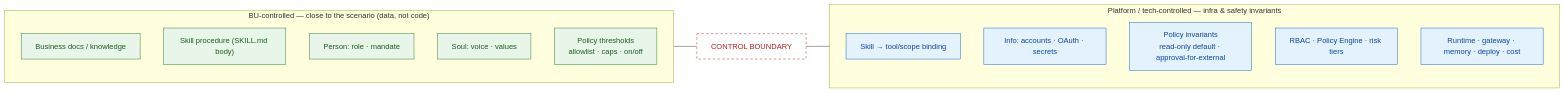
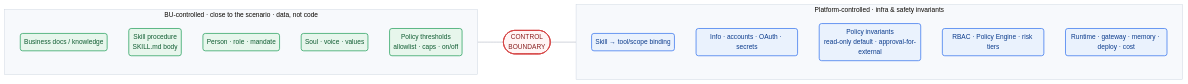
One commit to vic4code/digital-colleague-prototype changed the first of 2 diagrams in docs/governance.md. Above: the diagram before and after it, drawn with Mermaid. The commit also changed other lines of this file and 1 other file, not shown here.

Commit message:
docs: restyle roadmap and governance diagrams with a cohesive theme
Apply a shared mermaid theme (init directive) across all five architecture and
governance diagrams: refined per-plane palette (edge/control/execution/identity/
tools/view/coordination), rounded cards, framed subgraphs, consistent fonts and
spacing. Content unchanged; all diagrams re-validated via mermaid-cli.

Claude-Session: https://claude.ai/code/session_01NRFTohNS9w5MAcNq9Jdusx

````diff
--- a/docs/governance.md
+++ b/docs/governance.md
@@ -68,27 +68,29 @@
 ```mermaid
+%%{init: {'theme':'base','themeVariables':{'fontFamily':'ui-sans-serif, Segoe UI, Roboto, Helvetica, Arial','fontSize':'14px','lineColor':'#9aa4b2','primaryTextColor':'#1f2733','clusterBkg':'#f7f9fc','clusterBorder':'#cdd5e0'},'flowchart':{'curve':'basis','nodeSpacing':46,'rankSpacing':55,'padding':8}}}%%
 flowchart LR
-    subgraph BU["BU-controlled — close to the scenario (data, not code)"]
+    subgraph BU["BU-controlled · close to the scenario · data, not code"]
         direction TB
-        DOC["Business docs / knowledge"]:::bu
-        SKP["Skill procedure (SKILL.md body)"]:::bu
-        PER["Person: role · mandate"]:::bu
-        VOI["Soul: voice · values"]:::bu
-        THR["Policy thresholds<br/>allowlist · caps · on/off"]:::bu
+        DOC("Business docs / knowledge"):::bu
+        SKP("Skill procedure<br/>SKILL.md body"):::bu
+        PER("Person · role · mandate"):::bu
+        VOI("Soul · voice · values"):::bu
+        THR("Policy thresholds<br/>allowlist · caps · on/off"):::bu
     end
 
-    subgraph PLAT["Platform / tech-controlled — infra & safety invariants"]
+    BND(["CONTROL<br/>BOUNDARY"]):::line
+
+    subgraph PLAT["Platform-controlled · infra &amp; safety invariants"]
         direction TB
-        BIND["Skill → tool/scope binding"]:::plat
-        INFO["Info: accounts · OAuth · secrets"]:::plat
-        INV["Policy invariants<br/>read-only default · approval-for-external"]:::plat
-        ENG["RBAC · Policy Engine · risk tiers"]:::plat
-        INFRA["Runtime · gateway · memory · deploy · cost"]:::plat
+        BIND("Skill → tool/scope binding"):::plat
+        INFO("Info · accounts · OAuth · secrets"):::plat
+        INV("Policy invariants<br/>read-only default · approval-for-external"):::plat
+        ENG("RBAC · Policy Engine · risk tiers"):::plat
+        INFRA("Runtime · gateway · memory · deploy · cost"):::plat
     end
 
-    BND["CONTROL BOUNDARY"]:::line
     BU --- BND --- PLAT
 
-    classDef bu fill:#e8f5e9,stroke:#2e7d32,color:#1b5e20;
-    classDef plat fill:#e3f2fd,stroke:#1565c0,color:#0d47a1;
-    classDef line fill:#fff,stroke:#b71c1c,color:#b71c1c,stroke-dasharray:5 5;
+    classDef bu fill:#e7f6ec,stroke:#1f9d57,stroke-width:1.5px,color:#0f5c31;
+    classDef plat fill:#eaf2fd,stroke:#2f6fed,stroke-width:1.5px,color:#0b3b8c;
+    classDef line fill:#fff5f5,stroke:#d64545,stroke-width:2px,color:#8a2020;
 ```
````
